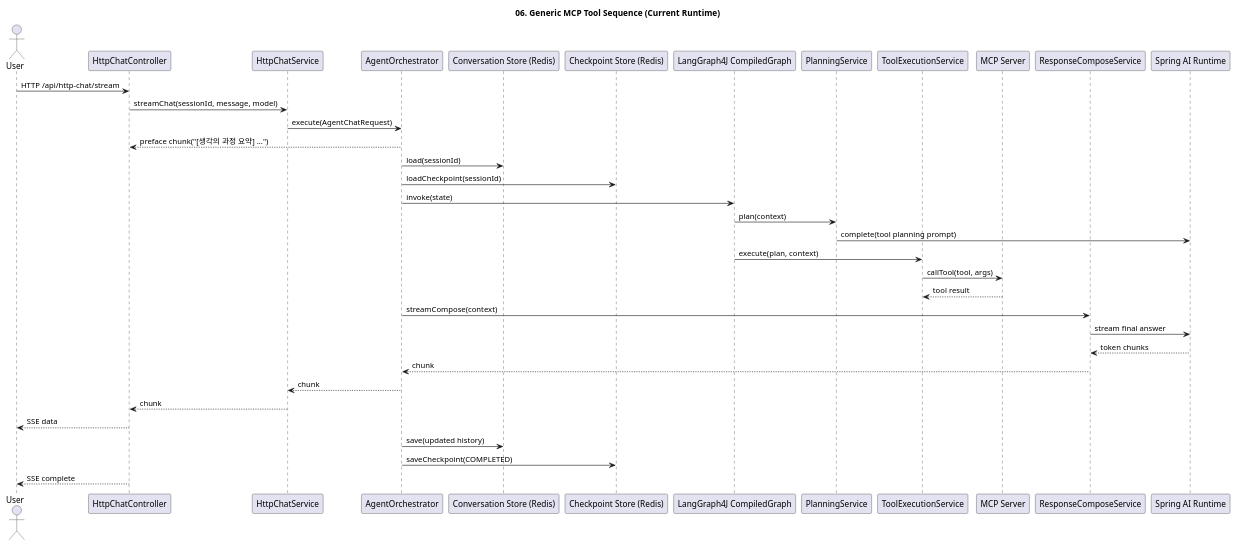
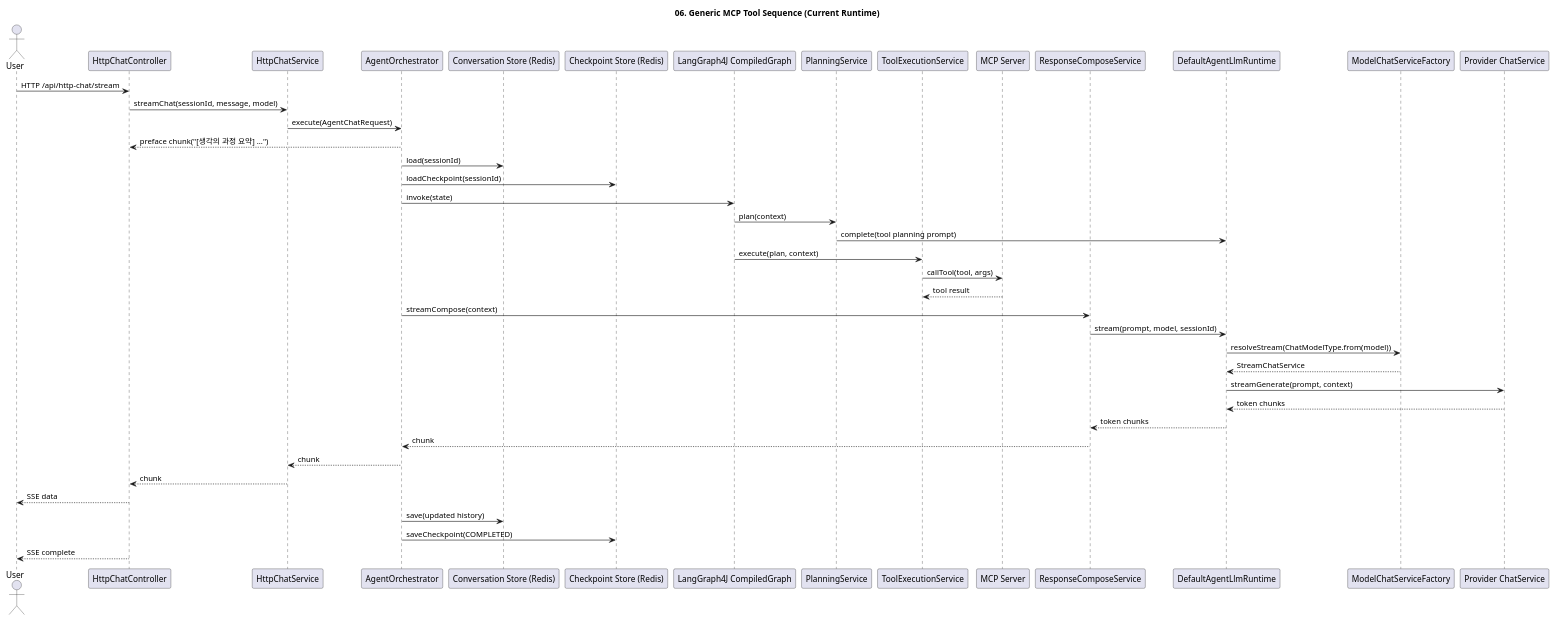
One commit to kim57uak/spring-ai changed the diagram in documents/mcp-orchestrator-architecture/06-product-mcp-sequence.puml. Above: the diagram before and after it, drawn with PlantUML. The commit also changed 16 other files, not shown here.

Commit message:
docs: sync architecture docs with current source

```diff
--- a/documents/mcp-orchestrator-architecture/06-product-mcp-sequence.puml
+++ b/documents/mcp-orchestrator-architecture/06-product-mcp-sequence.puml
@@ -1,46 +1,52 @@
 @startuml
 !pragma layout smetana
 title 06. Generic MCP Tool Sequence (Current Runtime)
 
 skinparam shadowing false
 
 actor User
 participant "HttpChatController" as Controller
 participant "HttpChatService" as ChatService
 participant "AgentOrchestrator" as Orchestrator
 participant "Conversation Store (Redis)" as HistoryRedis
 participant "Checkpoint Store (Redis)" as CheckpointRedis
 participant "LangGraph4J CompiledGraph" as StateGraph
 participant "PlanningService" as Planner
 participant "ToolExecutionService" as Executor
 participant "MCP Server" as McpServer
 participant "ResponseComposeService" as Composer
-participant "Spring AI Runtime" as Runtime
+participant "DefaultAgentLlmRuntime" as Runtime
+participant "ModelChatServiceFactory" as ChatFactory
+participant "Provider ChatService" as ProviderChatService
 
 User -> Controller : HTTP /api/http-chat/stream
 Controller -> ChatService : streamChat(sessionId, message, model)
 ChatService -> Orchestrator : execute(AgentChatRequest)
 Orchestrator --> Controller : preface chunk("[생각의 과정 요약] ...")
 
 Orchestrator -> HistoryRedis : load(sessionId)
 Orchestrator -> CheckpointRedis : loadCheckpoint(sessionId)
 Orchestrator -> StateGraph : invoke(state)
 StateGraph -> Planner : plan(context)
 Planner -> Runtime : complete(tool planning prompt)
 StateGraph -> Executor : execute(plan, context)
 Executor -> McpServer : callTool(tool, args)
 McpServer --> Executor : tool result
 
 Orchestrator -> Composer : streamCompose(context)
-Composer -> Runtime : stream final answer
+Composer -> Runtime : stream(prompt, model, sessionId)
+Runtime -> ChatFactory : resolveStream(ChatModelType.from(model))
+ChatFactory --> Runtime : StreamChatService
+Runtime -> ProviderChatService : streamGenerate(prompt, context)
+ProviderChatService --> Runtime : token chunks
 Runtime --> Composer : token chunks
 Composer --> Orchestrator : chunk
 Orchestrator --> ChatService : chunk
 ChatService --> Controller : chunk
 Controller --> User : SSE data
 
 Orchestrator -> HistoryRedis : save(updated history)
 Orchestrator -> CheckpointRedis : saveCheckpoint(COMPLETED)
 Controller --> User : SSE complete
 
 @enduml
```
